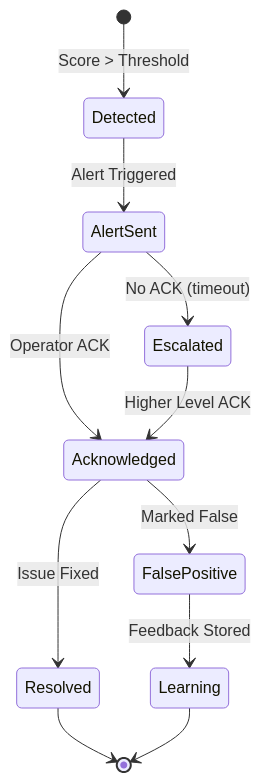
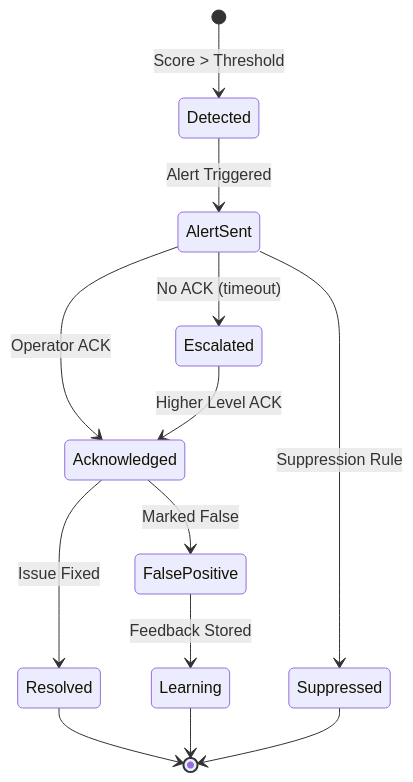
Before and after one commit to 0Ankit0/Project-Ideas: the first of 4 diagrams in Anomaly Detection System/detailed-design/state-machine-diagram.md, drawn with Mermaid. The commit also changed other lines of this file and 24 other files, not shown here.

````diff
--- a/Anomaly Detection System/detailed-design/state-machine-diagram.md
+++ b/Anomaly Detection System/detailed-design/state-machine-diagram.md
@@ -5,15 +5,17 @@
 ```mermaid
 stateDiagram-v2
     [*] --> Detected: Score > Threshold
     Detected --> AlertSent: Alert Triggered
     AlertSent --> Acknowledged: Operator ACK
     AlertSent --> Escalated: No ACK (timeout)
+    AlertSent --> Suppressed: Suppression Rule
     
     Acknowledged --> Resolved: Issue Fixed
     Acknowledged --> FalsePositive: Marked False
     Escalated --> Acknowledged: Higher Level ACK
     
     Resolved --> [*]
     FalsePositive --> Learning: Feedback Stored
     Learning --> [*]
+    Suppressed --> [*]
 ```
````
